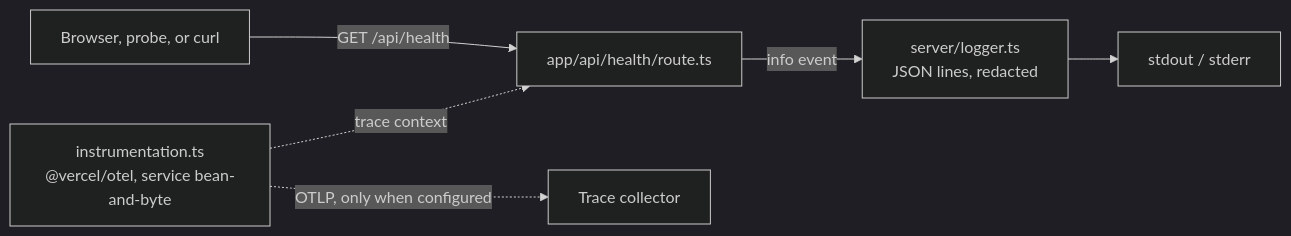
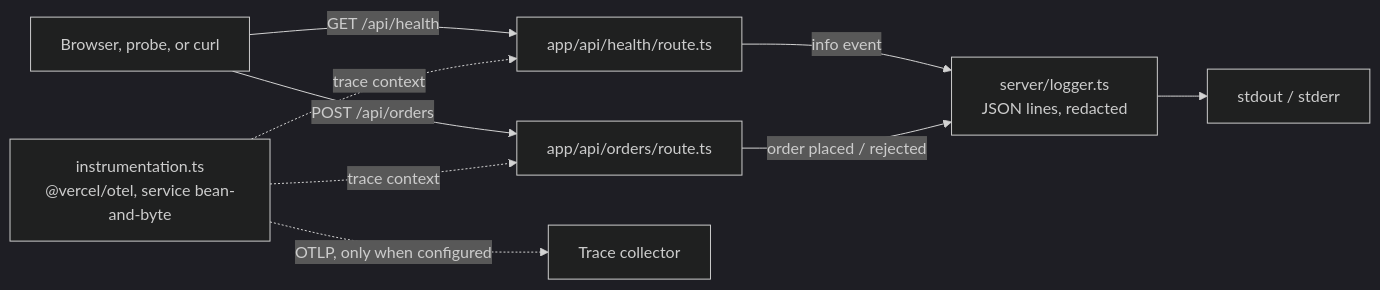
Before and after one commit to FactoryDemo/demo-storefront: the third of 3 diagrams in docs/architecture.md, drawn with Mermaid (dark theme). The commit also changed other lines of this file and 40 other files, not shown here.

````diff
--- a/docs/architecture.md
+++ b/docs/architecture.md
@@ -58,8 +93,11 @@
 ```mermaid
 flowchart LR
-  client["Browser, probe, or curl"] -- "GET /api/health" --> route["app/api/health/route.ts"]
-  route -- "info event" --> logger["server/logger.ts<br/>JSON lines, redacted"]
+  client["Browser, probe, or curl"] -- "GET /api/health" --> health["app/api/health/route.ts"]
+  client -- "POST /api/orders" --> ordersRoute["app/api/orders/route.ts"]
+  health -- "info event" --> logger["server/logger.ts<br/>JSON lines, redacted"]
+  ordersRoute -- "order placed / rejected" --> logger
   logger --> stdout["stdout / stderr"]
-  instrumentation["instrumentation.ts<br/>@vercel/otel, service bean-and-byte"] -. "trace context" .-> route
+  instrumentation["instrumentation.ts<br/>@vercel/otel, service bean-and-byte"] -. "trace context" .-> health
+  instrumentation -. "trace context" .-> ordersRoute
   instrumentation -. "OTLP, only when configured" .-> collector["Trace collector"]
 ```
````
